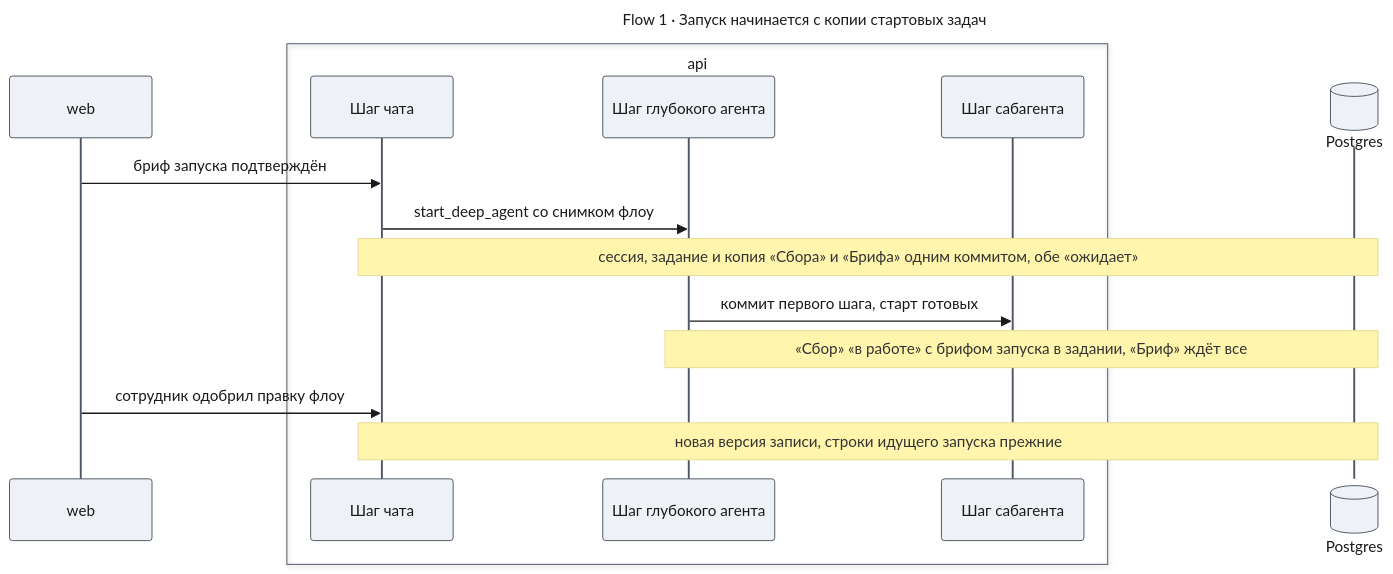
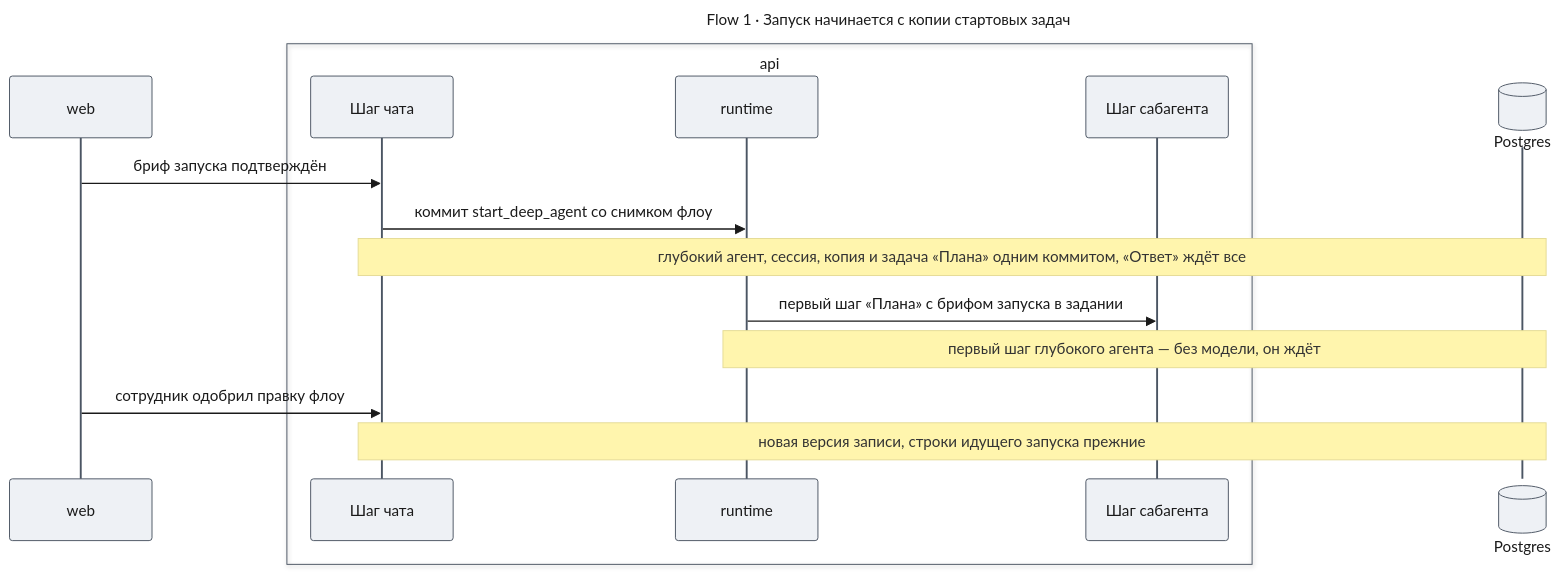
Before and after one commit to tundraray/agent-os: the third of 4 diagrams in docs/features/deep-agents/design-flows.md, drawn with Mermaid. The commit also changed other lines of this file and 1 other file, not shown here.

Commit message:
docs(deep-agents): start tasks without the lead's model call, drop the brief flow

````diff
--- a/docs/features/deep-agents/design-flows.md
+++ b/docs/features/deep-agents/design-flows.md
@@ -328,34 +247,34 @@
 ```mermaid
 ---
 title: "Flow 1 · Запуск начинается с копии стартовых задач"
 config:
   theme: base
   look: classic
   themeVariables:
     primaryColor: "#eef1f5"
     primaryBorderColor: "#4b5563"
     primaryTextColor: "#1a1a1a"
     lineColor: "#6b7280"
   themeCSS: |
     @keyframes lit_fw1{0%,22.5%{stroke:#991b1b;stroke-width:6px}25%,100%{stroke:#37474f;stroke-width:2px}}
     .messageLine0[data-id='i0'],.messageLine1[data-id='i0']{animation:lit_fw1 4.8s linear 0s infinite}
     .messageLine0[data-id='i1'],.messageLine1[data-id='i1']{animation:lit_fw1 4.8s linear 1.2s infinite}
     .messageLine0[data-id='i3'],.messageLine1[data-id='i3']{animation:lit_fw1 4.8s linear 2.4s infinite}
     .messageLine0[data-id='i5'],.messageLine1[data-id='i5']{animation:lit_fw1 4.8s linear 3.6s infinite}
 ---
 sequenceDiagram
     participant W as web
     box api
     participant C as Шаг чата
-    participant D as Шаг глубокого агента
+    participant R as runtime
     participant S as Шаг сабагента
     end
     participant DB@{ "type": "database" } as Postgres
     W->>C: бриф запуска подтверждён
-    C->>D: start_deep_agent со снимком флоу
-    Note over C,DB: сессия, задание и копия «Сбора» и «Брифа» одним коммитом, обе «ожидает»
-    D->>S: коммит первого шага, старт готовых
-    Note over D,DB: «Сбор» «в работе» с брифом запуска в задании, «Бриф» ждёт все
+    C->>R: коммит start_deep_agent со снимком флоу
+    Note over C,DB: глубокий агент, сессия, копия и задача «Плана» одним коммитом, «Ответ» ждёт все
+    R->>S: первый шаг «Плана» с брифом запуска в задании
+    Note over R,DB: первый шаг глубокого агента — без модели, он ждёт
     W->>C: сотрудник одобрил правку флоу
     Note over C,DB: новая версия записи, строки идущего запуска прежние
 ```
````
